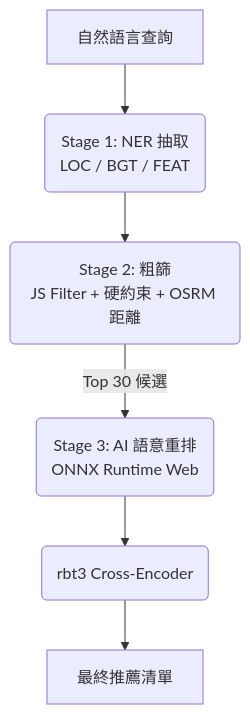
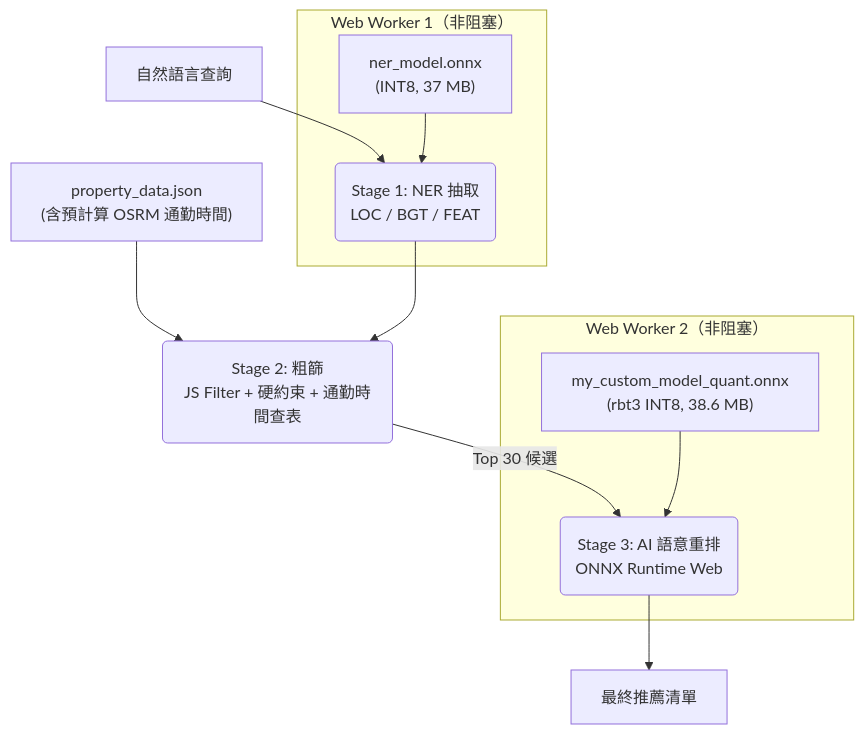
One commit to eric20041027/nchu-edge-rental-ai changed the second of 2 diagrams in README.md. Above: the diagram before and after it, drawn with Mermaid. The commit also changed other lines of this file, not shown here.

Commit message:
docs: revamp both architecture diagrams
Data pipeline:
- add NER training path (bert-base-chinese -> INT8, 37MB)
- add evaluate_model.py node (NDCG@5 / Bootstrap CI)
- split commute output into labelled edges (前端資料 / 訓練資料)
- fix relevance label range: 0-3 -> -1/0-3
- add Jaccard hard negatives label on mine node

Inference pipeline:
- wrap NER and Cross-Encoder in subgraph Web Workers
- add ner_model.onnx and my_custom_model_quant.onnx as model nodes
- add property_data.json as input to Stage 2
- rename OSRM edge to 通勤時間查表 (offline precomputed, not live)
- merge redundant Stage 3 + rbt3 Cross-Encoder nodes

````diff
--- a/README.md
+++ b/README.md
@@ -94,8 +97,18 @@
 ```mermaid
 graph TD
-    A["自然語言查詢"] --> B("Stage 1: NER 抽取\nLOC / BGT / FEAT")
-    B --> C("Stage 2: 粗篩\nJS Filter + 硬約束 + OSRM 距離")
-    C -- "Top 30 候選" --> D("Stage 3: AI 語意重排\nONNX Runtime Web")
-    D --> E("rbt3 Cross-Encoder")
-    E --> F["最終推薦清單"]
+    PD["property_data.json\n(含預計算 OSRM 通勤時間)"] --> C
+    Q["自然語言查詢"] --> W1
+
+    subgraph WK1["Web Worker 1（非阻塞）"]
+        NM["ner_model.onnx\n(INT8, 37 MB)"] --> W1("Stage 1: NER 抽取\nLOC / BGT / FEAT")
+    end
+
+    W1 --> C("Stage 2: 粗篩\nJS Filter + 硬約束 + 通勤時間查表")
+    C -- "Top 30 候選" --> W2
+
+    subgraph WK2["Web Worker 2（非阻塞）"]
+        CE["my_custom_model_quant.onnx\n(rbt3 INT8, 38.6 MB)"] --> W2("Stage 3: AI 語意重排\nONNX Runtime Web")
+    end
+
+    W2 --> F["最終推薦清單"]
 ```
````
